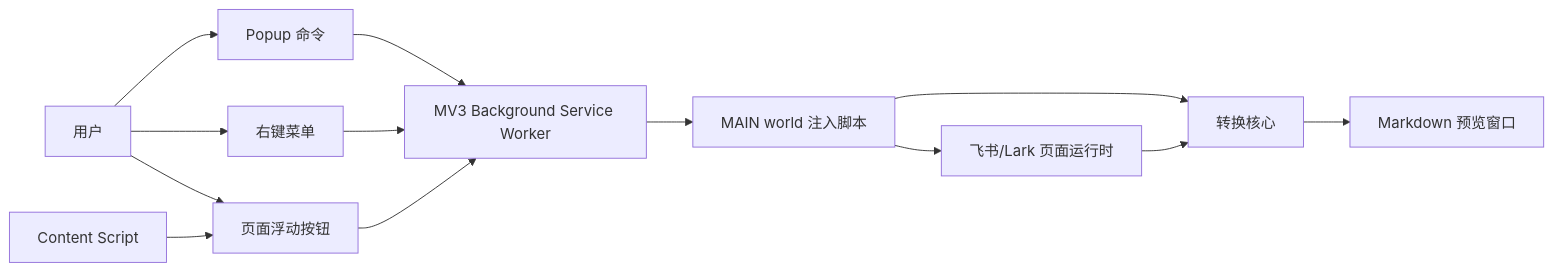
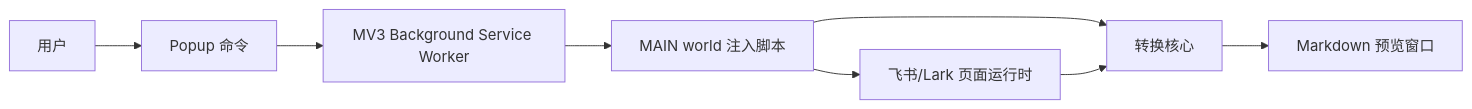
One commit to zhangpengfei-xyz/cloud-document-converter changed the first of 3 diagrams in docs/architecture-design.md. Above: the diagram before and after it, drawn with Mermaid. The commit also changed other lines of this file and 5 other files, not shown here.

````diff
--- a/docs/architecture-design.md
+++ b/docs/architecture-design.md
@@ -80,18 +79,13 @@
 ```mermaid
 flowchart LR
   User["用户"] --> Popup["Popup 命令"]
-  User --> ContextMenu["右键菜单"]
-  User --> FloatingButton["页面浮动按钮"]
 
   Popup --> Background["MV3 Background Service Worker"]
-  ContextMenu --> Background
-  FloatingButton --> Background
 
   Background --> Injected["MAIN world 注入脚本"]
-  Content["Content Script"] --> FloatingButton
 
   Injected --> Runtime["飞书/Lark 页面运行时"]
   Injected --> Core["转换核心"]
   Runtime --> Core
   Core --> Preview["Markdown 预览窗口"]
 ```
````
